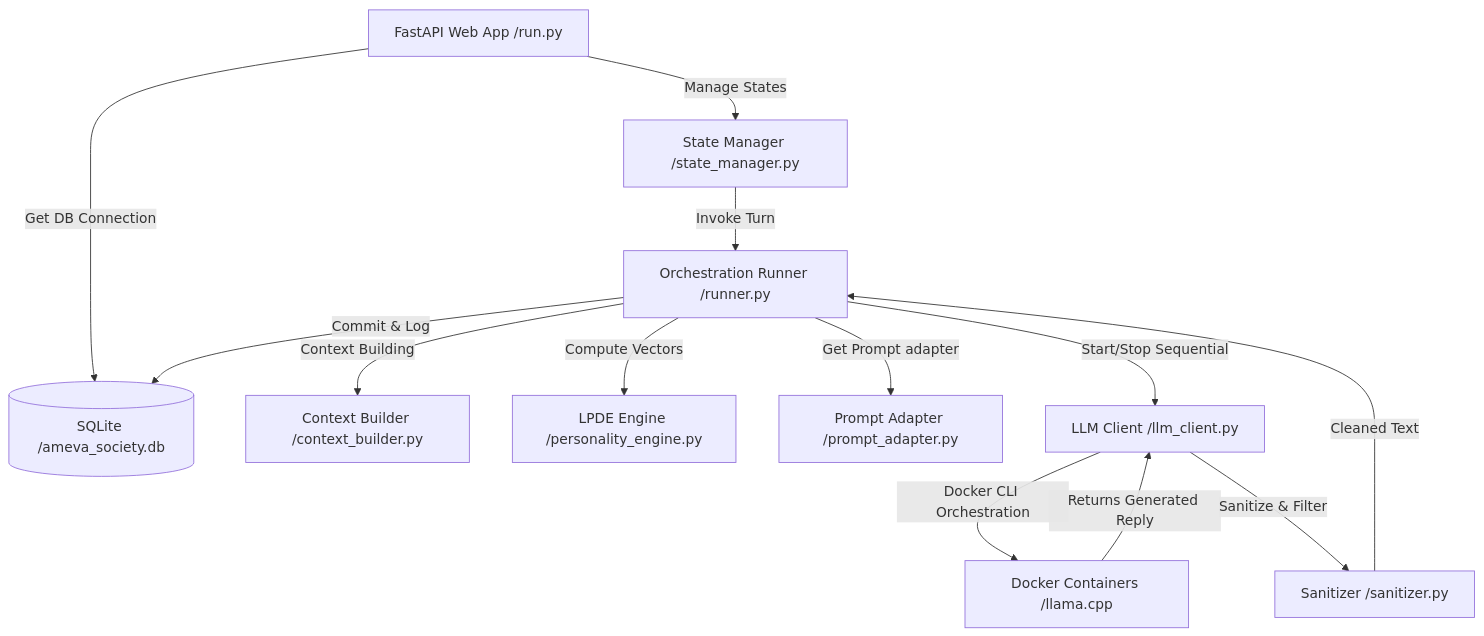
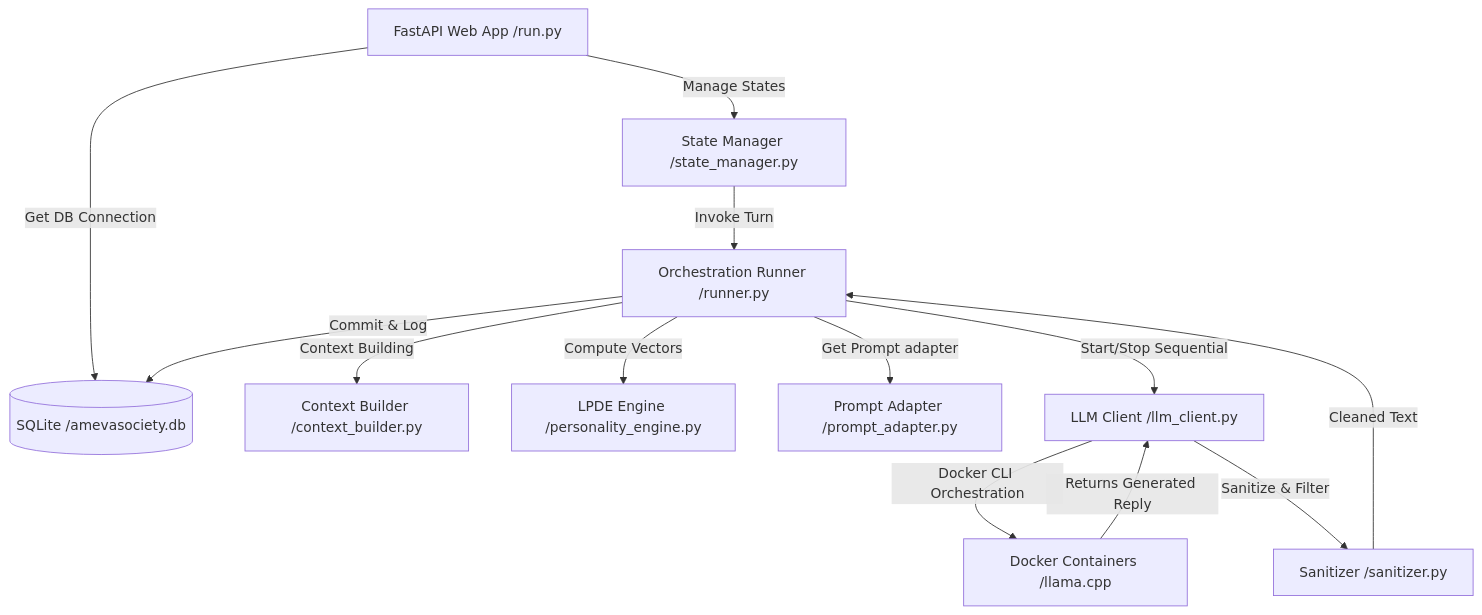
Before and after one commit to uno-km/AMEVA-Dead-Internet-Threatre: the second of 3 diagrams in README.md, drawn with Mermaid. The commit also changed other lines of this file, not shown here.

````diff
--- a/README.md
+++ b/README.md
@@ -781,17 +521,17 @@
 ```mermaid
 graph TD
     A[FastAPI Web App /run.py] -->|Manage States| B[State Manager /state_manager.py]
-    A -->|Get DB Connection| C[(SQLite /ameva_society.db)]
+    A -->|Get DB Connection| C[(SQLite /amevasociety.db)]
     B -->|Invoke Turn| D[Orchestration Runner /runner.py]
     D -->|Context Building| E[Context Builder /context_builder.py]
     D -->|Compute Vectors| F[LPDE Engine /personality_engine.py]
     D -->|Get Prompt adapter| G[Prompt Adapter /prompt_adapter.py]
     
     D -->|Start/Stop Sequential| H[LLM Client /llm_client.py]
     H -->|Docker CLI Orchestration| I[Docker Containers /llama.cpp]
     I -->|Returns Generated Reply| H
     
     H -->|Sanitize & Filter| J[Sanitizer /sanitizer.py]
     J -->|Cleaned Text| D
     D -->|Commit & Log| C
 ```
````
